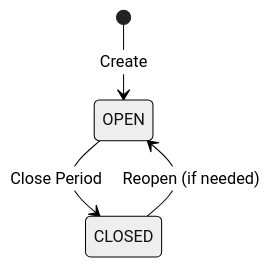
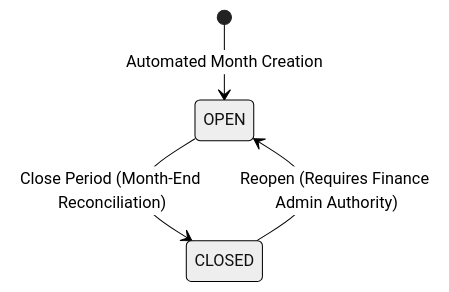
Before and after one commit to tenarm/docs: the second of 2 diagrams in admin-guides/finance-setup.md, drawn with Mermaid (neutral theme). The commit also changed other lines of this file and 42 other files, not shown here.

````diff
--- a/admin-guides/finance-setup.md
+++ b/admin-guides/finance-setup.md
@@ -85,6 +111,6 @@
 ```mermaid
 stateDiagram-v2
-    [*] --> OPEN : Create
-    OPEN --> CLOSED : Close Period
-    CLOSED --> OPEN : Reopen (if needed)
+    [*] --> OPEN : Automated Month Creation
+    OPEN --> CLOSED : Close Period (Month-End Reconciliation)
+    CLOSED --> OPEN : Reopen (Requires Finance Admin Authority)
 ```
````
